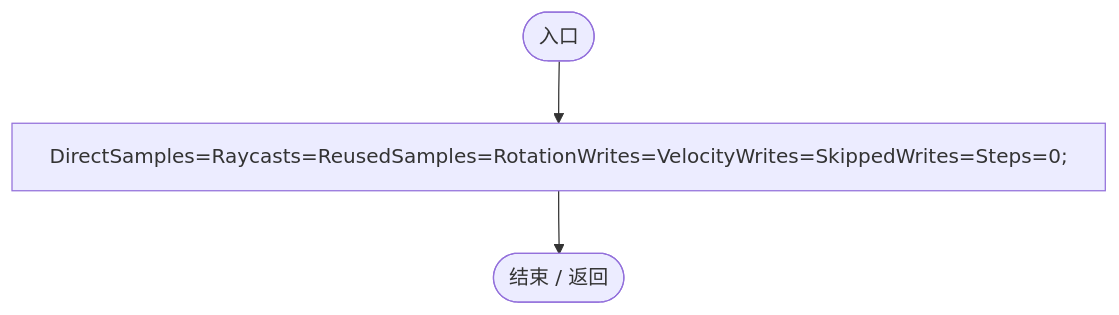
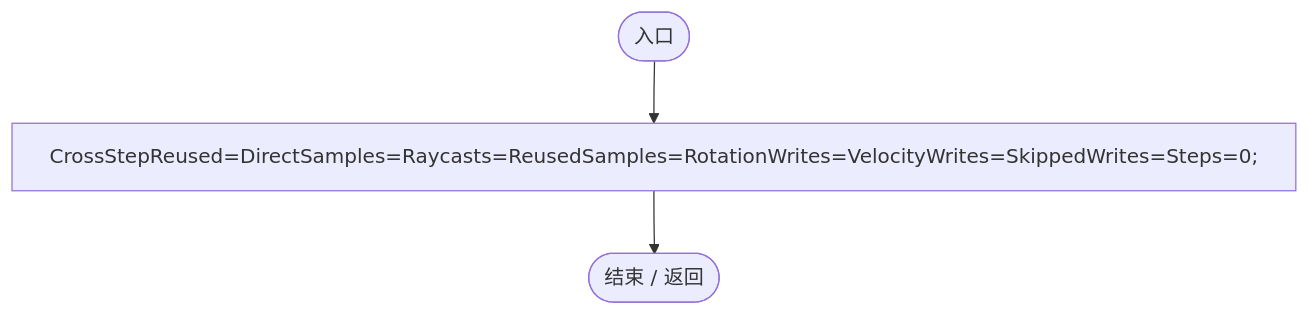
One commit to xhs6666/Darwin_paradise changed the seventh of 7 diagrams in Docs/运行流程图/脚本/6cefee808441951d.md. Above: the diagram before and after it, drawn with Mermaid. The commit also changed other lines of this file and 297 other files, not shown here.

````diff
--- a/Docs/运行流程图/脚本/6cefee808441951d.md
+++ b/Docs/运行流程图/脚本/6cefee808441951d.md
@@ -338,9 +413,9 @@
 ```mermaid
 flowchart TD
   b0(["入口"])
-  b1["DirectSamples=Raycasts=ReusedSamples=RotationWrites=VelocityWrites=SkippedWrites=Steps=0;"]
+  b1["CrossStepReused=DirectSamples=Raycasts=ReusedSamples=RotationWrites=VelocityWrites=SkippedWrites=Steps=0;"]
   b2(["结束 / 返回"])
   b0 --> b1
   b1 --> b2
 
 ```
````
